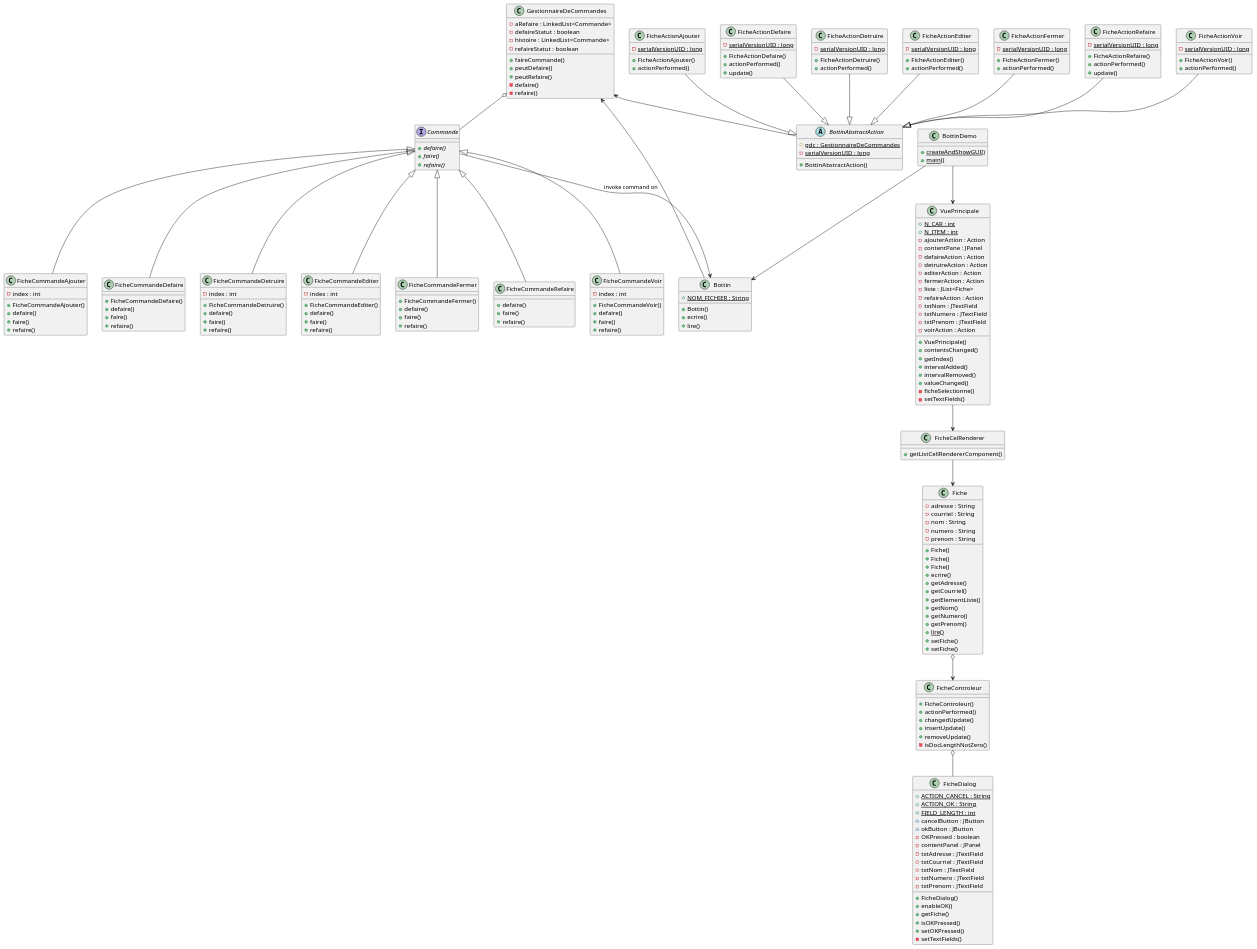
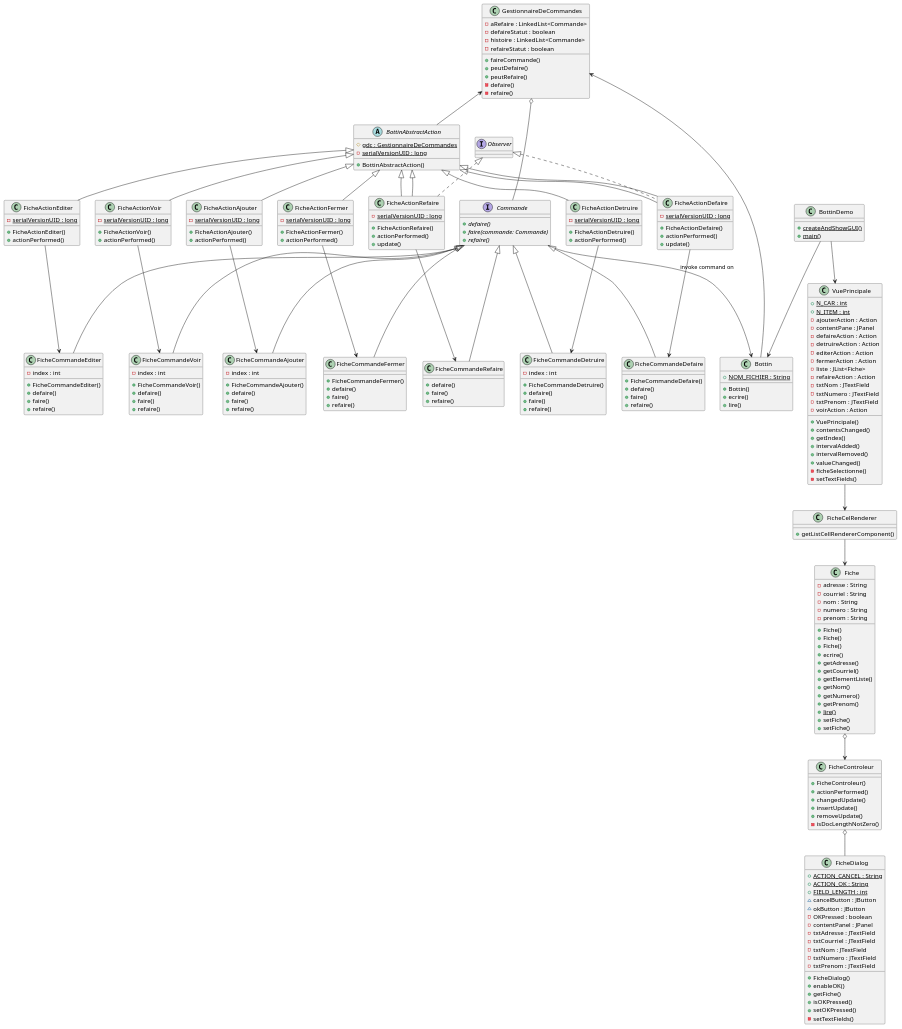
Before and after one commit to yvanross/LOG121-GOF-exemples: the diagram in src/main/java/Commande/Bottin/README.md, drawn with PlantUML. The commit also changed 4 other files, not shown here.

````diff
--- a/src/main/java/Commande/Bottin/README.md
+++ b/src/main/java/Commande/Bottin/README.md
@@ -11,9 +11,5 @@
 ```plantuml
 @startuml
-
-
-
-
 
         class Bottin {
             {static} + NOM_FICHIER : String
@@ -44,7 +40,7 @@
 
         interface Commande {
             {abstract} + defaire()
-            {abstract} + faire()
+            {abstract} + faire(commande: Commande)
             {abstract} + refaire()
         }
 
@@ -83,7 +79,7 @@
 
 
 
-        class FicheActionDefaire {
+        class FicheActionDefaire extends BottinAbstractAction implements Observer  {
             {static} - serialVersionUID : long
             + FicheActionDefaire()
             + actionPerformed()
@@ -114,7 +110,7 @@
 
 
 
-        class FicheActionRefaire {
+       class FicheActionRefaire extends BottinAbstractAction implements Observer {
             {static} - serialVersionUID : long
             + FicheActionRefaire()
             + actionPerformed()
@@ -292,17 +288,13 @@
 
 
 
-
-
-
-
-FicheActionAjouter--|>BottinAbstractAction
-FicheActionDefaire--|>BottinAbstractAction
-FicheActionDetruire--|>BottinAbstractAction
-FicheActionEditer--|>BottinAbstractAction
-FicheActionFermer--|>BottinAbstractAction
-FicheActionRefaire--|>BottinAbstractAction
-FicheActionVoir--|>BottinAbstractAction
+FicheActionAjouter-up-|>BottinAbstractAction
+FicheActionDefaire-up-|>BottinAbstractAction
+FicheActionDetruire-up-|>BottinAbstractAction
+FicheActionEditer-up-|>BottinAbstractAction
+FicheActionFermer-up-|>BottinAbstractAction
+FicheActionRefaire-up-|>BottinAbstractAction
+FicheActionVoir-up-|>BottinAbstractAction
 
 Commande --> Bottin: invoke command on
 
@@ -330,5 +322,15 @@
 
 Bottin -->GestionnaireDeCommandes
 
+
+        FicheActionAjouter --> FicheCommandeAjouter
+        FicheActionDefaire --> FicheCommandeDefaire
+        FicheActionDetruire --> FicheCommandeDetruire
+        FicheActionEditer --> FicheCommandeEditer
+        FicheActionFermer --> FicheCommandeFermer
+        FicheActionRefaire --> FicheCommandeRefaire
+        FicheActionVoir --> FicheCommandeVoir
+
+
 @enduml
 ```
````
